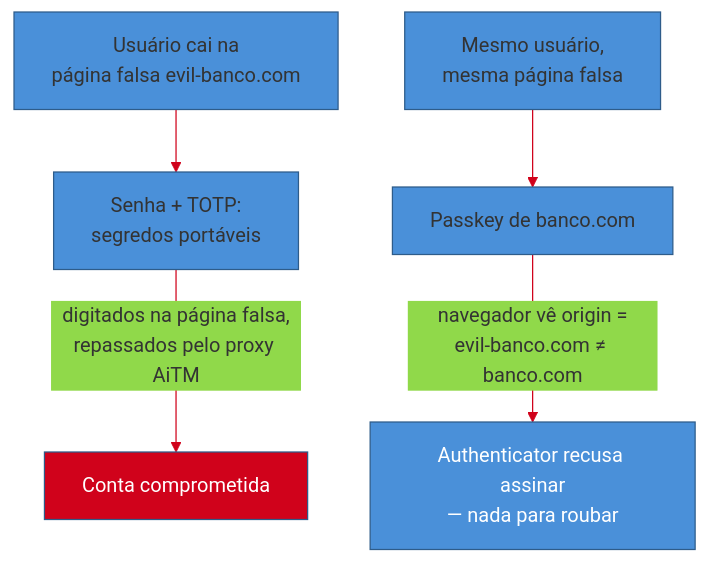
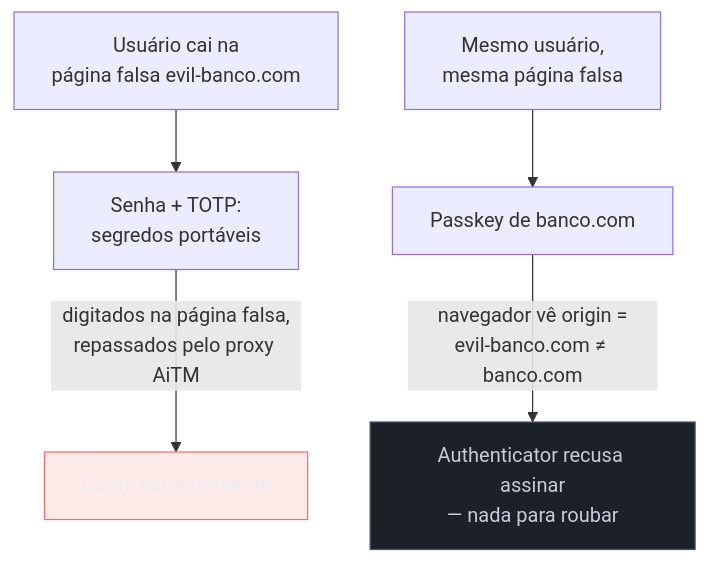
The second of 6 diagrams in 03-Dominios/Engenharia/Auth e Identidade/1 - Fundamentos de identidade/05 - Passkeys e WebAuthn — o presente sem senha.md (josenaldo/codex-technomanticus), drawn with Mermaid before and after one commit. The commit also changed other lines of this file and 1181 other files, not shown here.

First line of the commit message:
fix(diagramas): paleta do sistema no lugar de cor cravada no markdown

````diff
--- a/03-Dominios/Engenharia/Auth e Identidade/1 - Fundamentos de identidade/05 - Passkeys e WebAuthn — o presente sem senha.md
+++ b/03-Dominios/Engenharia/Auth e Identidade/1 - Fundamentos de identidade/05 - Passkeys e WebAuthn — o presente sem senha.md
@@ -78,12 +78,13 @@
 ```mermaid
-%%{init: {"theme": "base", "themeVariables": {"primaryColor": "#4A90D9", "primaryBorderColor": "#2E5C8A", "lineColor": "#D0021B"}}}%%
 graph TD
+    classDef falha fill:#FF6B6B24,stroke:#FF6B6B,color:#E9ECF2
+    classDef neutro fill:#1B2029,stroke:#4E5666,color:#C6CCD8
     U["Usuário cai na<br/>página falsa evil-banco.com"] --> S["Senha + TOTP:<br/>segredos portáveis"]
     S -->|"digitados na página falsa,<br/>repassados pelo proxy AiTM"| ATO1["Conta comprometida"]
 
     U2["Mesmo usuário,<br/>mesma página falsa"] --> P["Passkey de banco.com"]
     P -->|"navegador vê origin =<br/>evil-banco.com ≠ banco.com"| Block["Authenticator recusa assinar<br/>— nada para roubar"]
 
-    style ATO1 fill:#D0021B,color:#fff
-    style Block fill:#4A90D9,color:#fff
+    class ATO1 falha
+    class Block neutro
 ```
````
